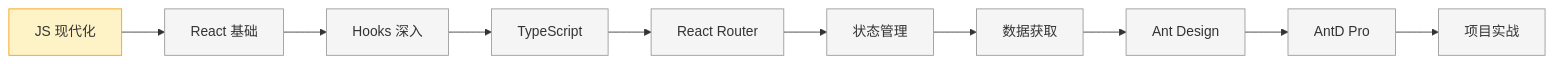
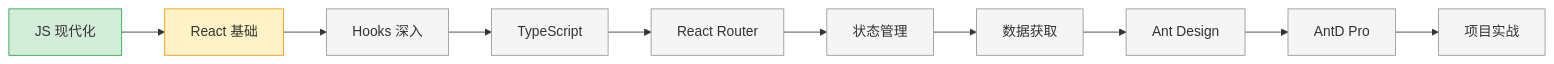
The diagram in content/learning/react/_MOC.md (linqibin0826/Patra-docs), drawn with Mermaid before and after one commit. The commit also changed other lines of this file and 13 other files, not shown here.

````diff
--- a/content/learning/react/_MOC.md
+++ b/content/learning/react/_MOC.md
@@ -133,23 +146,23 @@
 ```mermaid
 flowchart LR
     A[JS 现代化] --> B[React 基础]
     B --> C[Hooks 深入]
     C --> D[TypeScript]
     D --> E[React Router]
     E --> F[状态管理]
     F --> G[数据获取]
     G --> H[Ant Design]
     H --> I[AntD Pro]
     I --> J[项目实战]
 
-    style A fill:#fef3c7,stroke:#f59e0b
-    style B fill:#f5f5f5,stroke:#999
+    style A fill:#d4edda,stroke:#28a745
+    style B fill:#fef3c7,stroke:#f59e0b
     style C fill:#f5f5f5,stroke:#999
     style D fill:#f5f5f5,stroke:#999
     style E fill:#f5f5f5,stroke:#999
     style F fill:#f5f5f5,stroke:#999
     style G fill:#f5f5f5,stroke:#999
     style H fill:#f5f5f5,stroke:#999
     style I fill:#f5f5f5,stroke:#999
     style J fill:#f5f5f5,stroke:#999
 ```
````
